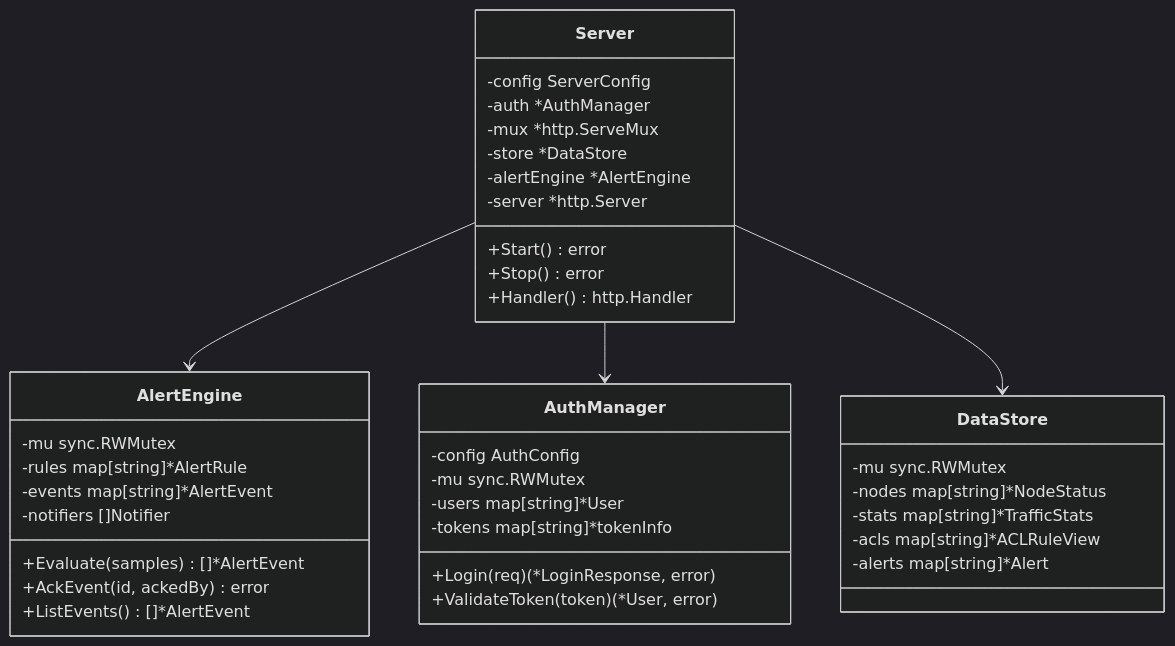
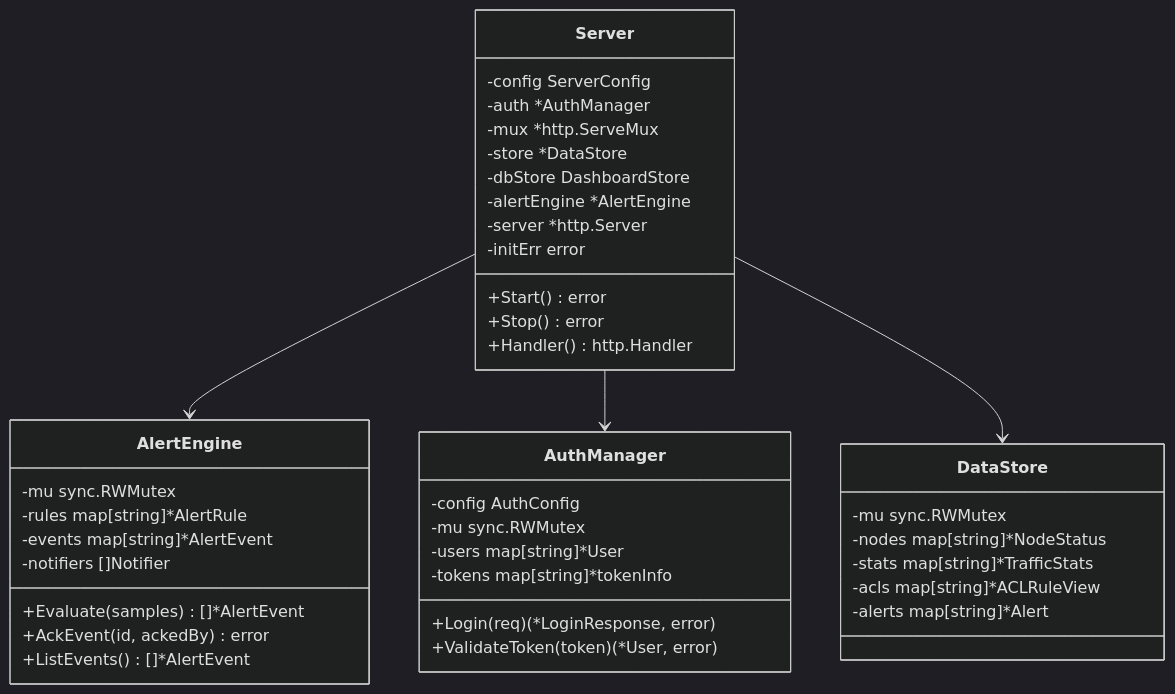
Before and after one commit to itsharex/NexTunnel: the seventh of 9 diagrams in .qoder/repowiki/zh/content/服务端架构/服务端架构.md, drawn with Mermaid (dark theme). The commit also changed other lines of this file and 38 other files, not shown here.

````diff
--- a/.qoder/repowiki/zh/content/服务端架构/服务端架构.md
+++ b/.qoder/repowiki/zh/content/服务端架构/服务端架构.md
@@ -426,41 +386,43 @@
 ```mermaid
 classDiagram
 class Server {
 -config ServerConfig
 -auth *AuthManager
 -mux *http.ServeMux
 -store *DataStore
+-dbStore DashboardStore
 -alertEngine *AlertEngine
 -server *http.Server
+-initErr error
 +Start() error
 +Stop() error
 +Handler() http.Handler
 }
 class AlertEngine {
 -mu sync.RWMutex
 -rules map[string]*AlertRule
 -events map[string]*AlertEvent
 -notifiers []Notifier
 +Evaluate(samples) []*AlertEvent
 +AckEvent(id, ackedBy) error
 +ListEvents() []*AlertEvent
 }
 class AuthManager {
 -config AuthConfig
 -mu sync.RWMutex
 -users map[string]*User
 -tokens map[string]*tokenInfo
 +Login(req) (*LoginResponse, error)
 +ValidateToken(token) (*User, error)
 }
 class DataStore {
 -mu sync.RWMutex
 -nodes map[string]*NodeStatus
 -stats map[string]*TrafficStats
 -acls map[string]*ACLRuleView
 -alerts map[string]*Alert
 }
 Server --> AlertEngine
 Server --> AuthManager
 Server --> DataStore
 ```
````
